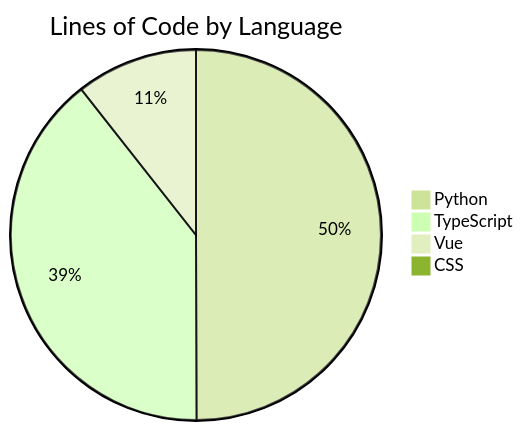
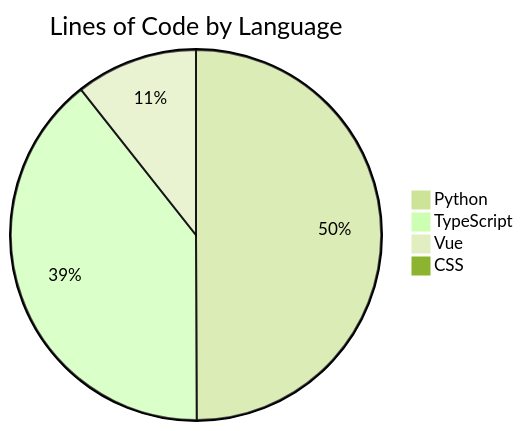
Before and after one commit to ISW-stack/AI3L-Community: the diagram in README.md, drawn with Mermaid (forest theme). The commit also changed other lines of this file and 1 other file, not shown here.

````diff
--- a/README.md
+++ b/README.md
@@ -374,7 +374,7 @@
 ```mermaid
 pie title Lines of Code by Language
     "Python" : 118152
     "TypeScript" : 93246
-    "Vue" : 25119
+    "Vue" : 25204
     "CSS" : 134
 ```
````
